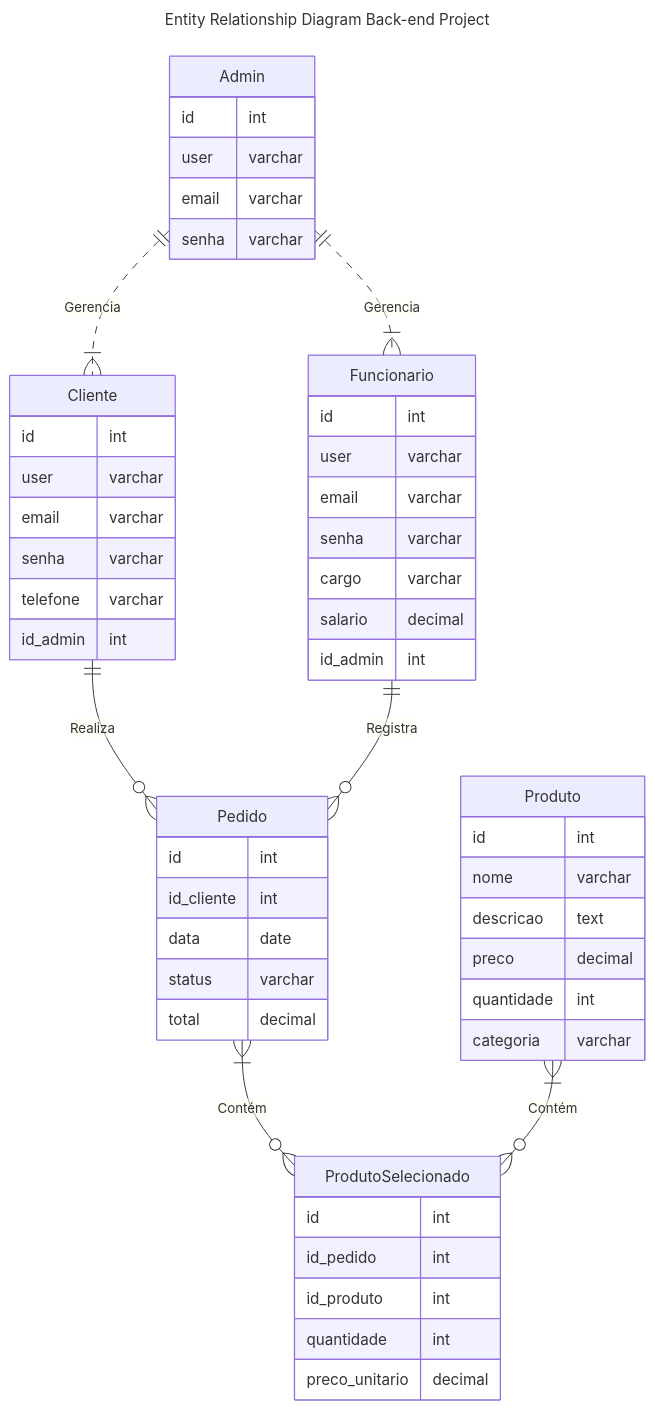
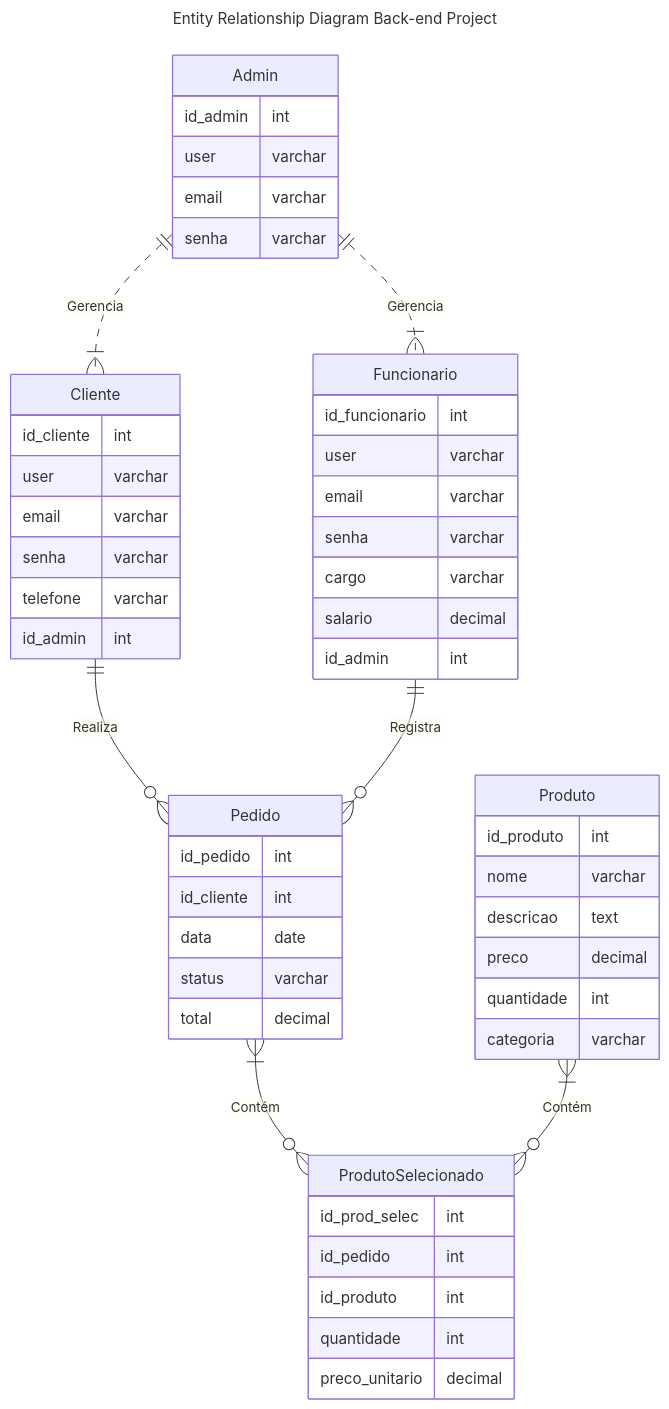
Before and after one commit to Serg-Ale/projeto-backend: the diagram in diagrams/DER.mmd, drawn with Mermaid. The commit also changed 4 other files, not shown here.

```diff
--- a/diagrams/DER.mmd
+++ b/diagrams/DER.mmd
@@ -1,61 +1,61 @@
 ---
 title: Entity Relationship Diagram Back-end Project
 ---
 erDiagram
     Cliente {
-      id int
+      id_cliente int
       user varchar
       email varchar
       senha varchar
       telefone varchar
       id_admin int
     }
 
     Funcionario {
-      id int
+      id_funcionario int
       user varchar
       email varchar
       senha varchar
       cargo varchar
       salario decimal
       id_admin int
     }
 
     Admin {
-      id int
+      id_admin int
       user varchar
       email varchar
       senha varchar
     }
 
     Produto {
-      id int
+      id_produto int
       nome varchar
       descricao text
       preco decimal
       quantidade int
       categoria varchar
     }
 
     Pedido {
-      id int
+      id_pedido int
       id_cliente int
       data date
       status varchar
       total decimal
     }
 
     ProdutoSelecionado {
-      id int
+      id_prod_selec int
       id_pedido int
       id_produto int
       quantidade int
       preco_unitario decimal
     }
 
     Cliente ||--o{ Pedido : "Realiza"
     Funcionario ||--o{ Pedido : "Registra"
     Pedido }|--o{ ProdutoSelecionado : "Contém"
     Produto }|--o{ ProdutoSelecionado : "Contém"
     Admin ||..|{ Funcionario : "Gerencia"
     Admin ||..|{ Cliente : "Gerencia"
```
